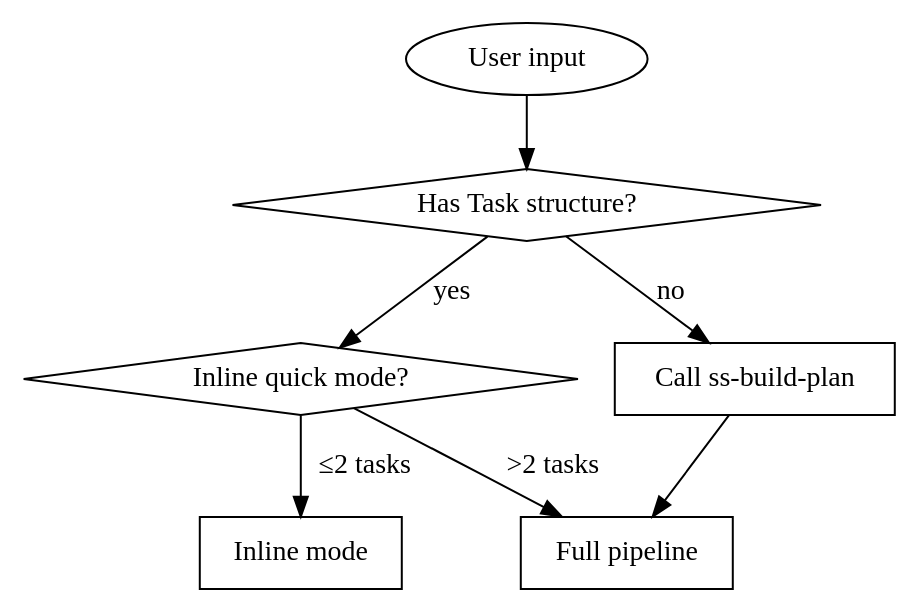
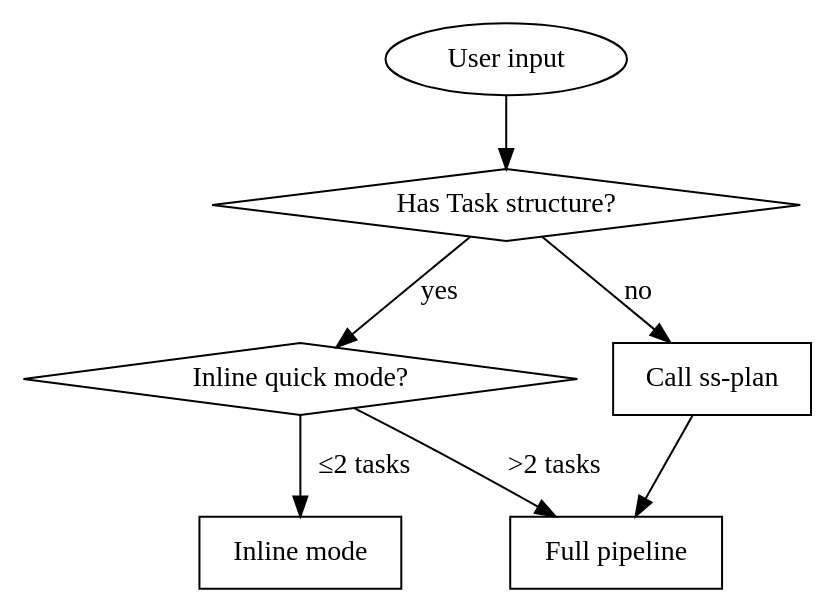
One commit to lbk-open/super-spec changed the first of 2 diagrams in skills/ss-coding/SKILL.md. Above: the diagram before and after it, drawn with Graphviz. The commit also changed other lines of this file and 16 other files, not shown here.

Commit message:
refactor: rename ss-build-plan to ss-plan

````diff
--- a/skills/ss-coding/SKILL.md
+++ b/skills/ss-coding/SKILL.md
@@ -40,17 +40,17 @@
 ```dot
 digraph input_routing {
     "User input" [shape=ellipse];
     "Has Task structure?" [shape=diamond];
     "Inline quick mode?" [shape=diamond];
-    "Call ss-build-plan" [shape=box];
+    "Call ss-plan" [shape=box];
     "Full pipeline" [shape=box];
     "Inline mode" [shape=box];
 
     "User input" -> "Has Task structure?";
     "Has Task structure?" -> "Inline quick mode?" [label="yes"];
-    "Has Task structure?" -> "Call ss-build-plan" [label="no"];
+    "Has Task structure?" -> "Call ss-plan" [label="no"];
     "Inline quick mode?" -> "Inline mode" [label="≤2 tasks"];
     "Inline quick mode?" -> "Full pipeline" [label=">2 tasks"];
-    "Call ss-build-plan" -> "Full pipeline";
+    "Call ss-plan" -> "Full pipeline";
 }
 ```
````
